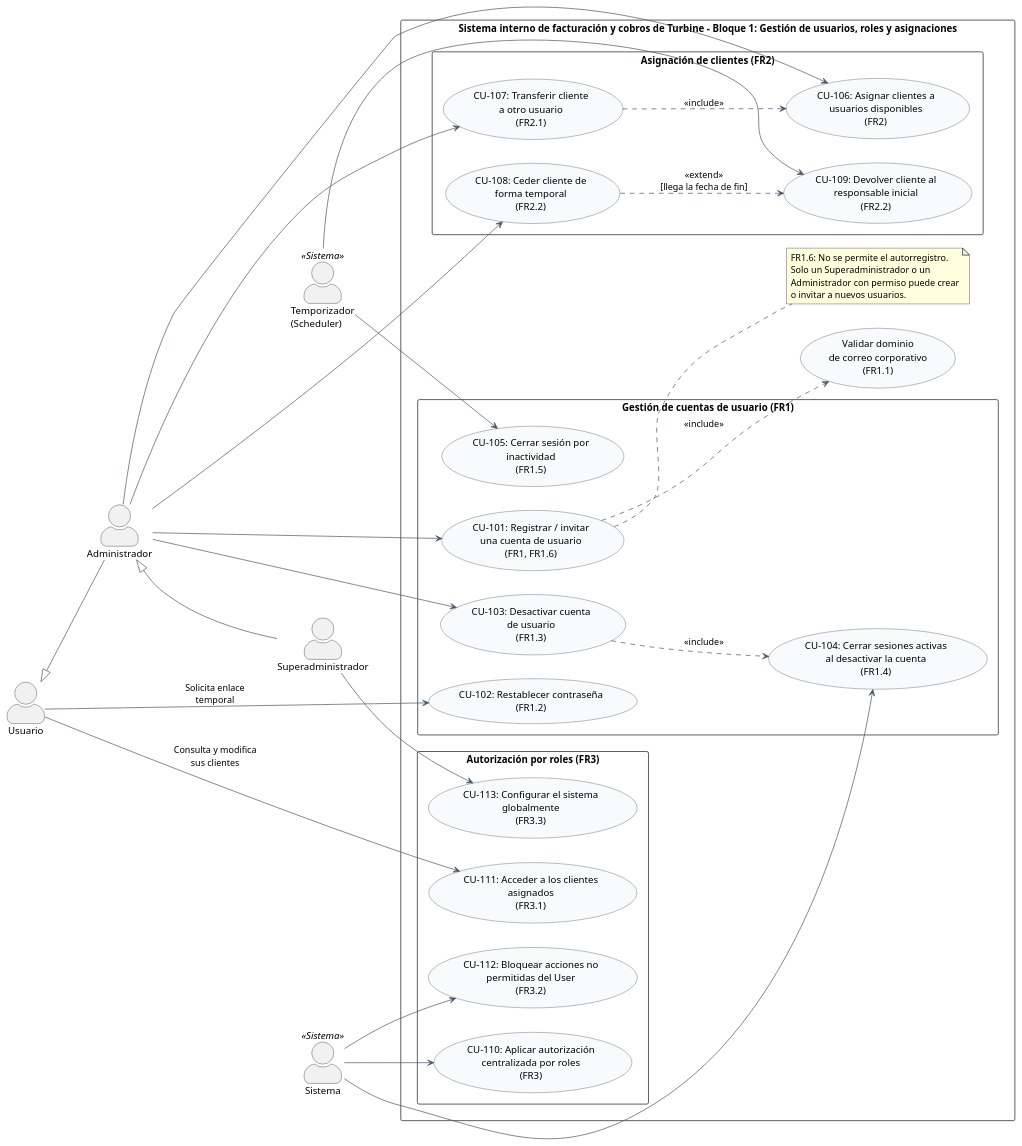
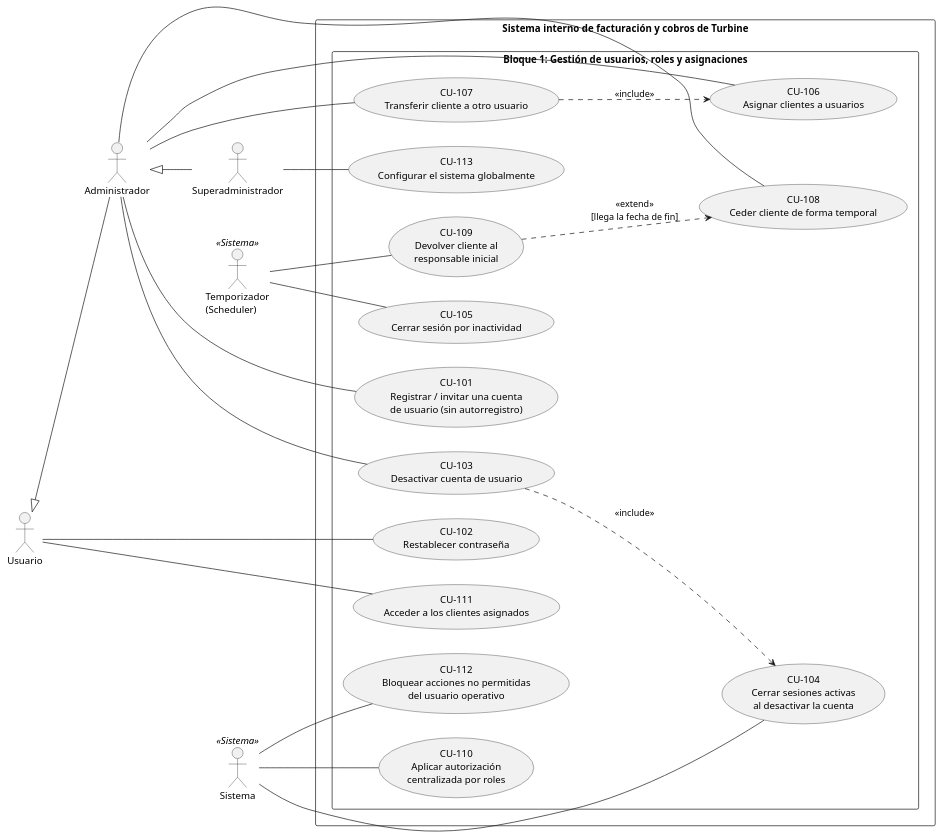
One commit to Daniii004/Grupo-Leibniz changed the diagram in Casos de uso/DiagramaCasos1.puml. Above: the diagram before and after it, drawn with PlantUML. The commit also changed 3 other files, not shown here.

```diff
--- a/Casos de uso/DiagramaCasos1.puml
+++ b/Casos de uso/DiagramaCasos1.puml
@@ -1,90 +1,72 @@
 @startuml
 left to right direction
 skinparam packageStyle rectangle
-skinparam actorStyle awesome
-skinparam usecase {
-    BackgroundColor #F8FAFC
-    BorderColor #334155
-    ArrowColor #475569
-}
 
 ' --- ACTORES ---
-actor "Usuario" as User
+actor "Usuario" as Usuario
 actor "Administrador" as Admin
 actor "Superadministrador" as SuperAdmin
 actor "Sistema" as Sistema <<Sistema>>
 actor "Temporizador\n(Scheduler)" as Timer <<Sistema>>
 
 ' Herencia de permisos: el administrador puede hacer lo del usuario
 ' y el superadministrador, lo del administrador
-User <|-- Admin
+Usuario <|-- Admin
 Admin <|-- SuperAdmin
 
-rectangle "Sistema interno de facturación y cobros de Turbine - Bloque 1: Gestión de usuarios, roles y asignaciones" {
+rectangle "Sistema interno de facturación y cobros de Turbine" {
 
-    package "Gestión de cuentas de usuario (FR1)" {
-        usecase "CU-101: Registrar / invitar\nuna cuenta de usuario\n(FR1, FR1.6)" as CU101
-        usecase "CU-102: Restablecer contraseña\n(FR1.2)" as CU102
-        usecase "CU-103: Desactivar cuenta\nde usuario\n(FR1.3)" as CU103
-        usecase "CU-104: Cerrar sesiones activas\nal desactivar la cuenta\n(FR1.4)" as CU104
-        usecase "CU-105: Cerrar sesión por\ninactividad\n(FR1.5)" as CU105
+    package "Bloque 1: Gestión de usuarios, roles y asignaciones" {
+
+        ' Cuentas de usuario (FR1)
+        usecase "CU-101\nRegistrar / invitar una cuenta\nde usuario (sin autorregistro)" as CU101
+        usecase "CU-102\nRestablecer contraseña" as CU102
+        usecase "CU-103\nDesactivar cuenta de usuario" as CU103
+        usecase "CU-104\nCerrar sesiones activas\nal desactivar la cuenta" as CU104
+        usecase "CU-105\nCerrar sesión por inactividad" as CU105
+
+        ' Asignación de clientes (FR2)
+        usecase "CU-106\nAsignar clientes a usuarios" as CU106
+        usecase "CU-107\nTransferir cliente a otro usuario" as CU107
+        usecase "CU-108\nCeder cliente de forma temporal" as CU108
+        usecase "CU-109\nDevolver cliente al\nresponsable inicial" as CU109
+
+        ' Autorización por roles (FR3)
+        usecase "CU-110\nAplicar autorización\ncentralizada por roles" as CU110
+        usecase "CU-111\nAcceder a los clientes asignados" as CU111
+        usecase "CU-112\nBloquear acciones no permitidas\ndel usuario operativo" as CU112
+        usecase "CU-113\nConfigurar el sistema globalmente" as CU113
     }
+}
 
-    package "Asignación de clientes (FR2)" {
-        usecase "CU-106: Asignar clientes a\nusuarios disponibles\n(FR2)" as CU106
-        usecase "CU-107: Transferir cliente\na otro usuario\n(FR2.1)" as CU107
-        usecase "CU-108: Ceder cliente de\nforma temporal\n(FR2.2)" as CU108
-        usecase "CU-109: Devolver cliente al\nresponsable inicial\n(FR2.2)" as CU109
-    }
+' --- RELACIONES ENTRE CASOS DE USO ---
+CU103 ..> CU104 : <<include>>
+CU107 ..> CU106 : <<include>>
 
-    package "Autorización por roles (FR3)" {
-        usecase "CU-110: Aplicar autorización\ncentralizada por roles\n(FR3)" as CU110
-        usecase "CU-111: Acceder a los clientes\nasignados\n(FR3.1)" as CU111
-        usecase "CU-112: Bloquear acciones no\npermitidas del User\n(FR3.2)" as CU112
-        usecase "CU-113: Configurar el sistema\nglobalmente\n(FR3.3)" as CU113
-    }
-
-    ' Subcaso reutilizado por el alta de usuarios (FR1.1)
-    usecase "Validar dominio\nde correo corporativo\n(FR1.1)" as ValidarDominio
-
-    ' --- RELACIONES ENTRE CASOS DE USO ---
-    CU101 ..> ValidarDominio : <<include>>
-    CU107 ..> CU106 : <<include>>
-    CU103 ..> CU104 : <<include>>
-    CU108 ..> CU109 : <<extend>>\n[llega la fecha de fin]
-
-    ' Restricción: no existe autorregistro (FR1.6)
-    note right of CU101
-        FR1.6: No se permite el autorregistro.
-        Solo un Superadministrador o un
-        Administrador con permiso puede crear
-        o invitar a nuevos usuarios.
-    end note
-}
+' Extensiones (la flecha parte del caso que extiende)
+CU109 ..> CU108 : <<extend>>\n[llega la fecha de fin]
 
 ' --- ASOCIACIONES ACTOR - CASO DE USO ---
 
-' Usuario User
-User --> CU102 : Solicita enlace\ntemporal
-User --> CU111 : Consulta y modifica\nsus clientes
+' Usuario
+Usuario -- CU102
+Usuario -- CU111
 
 ' Administrador
-Admin --> CU101
-Admin --> CU103
-Admin --> CU106
-Admin --> CU107
-Admin --> CU108
+Admin -- CU101
+Admin -- CU103
+Admin -- CU106
+Admin -- CU107
+Admin -- CU108
 
 ' Superadministrador
-SuperAdmin --> CU113
+SuperAdmin -- CU113
 
-' Procesos automáticos del sistema
-Sistema --> CU104
-Sistema --> CU110
-Sistema --> CU112
-
-' Tareas programadas
-Timer --> CU105
-Timer --> CU109
+' Procesos automáticos
+Sistema -- CU104
+Sistema -- CU110
+Sistema -- CU112
+Timer -- CU105
+Timer -- CU109
 
 @enduml
```
